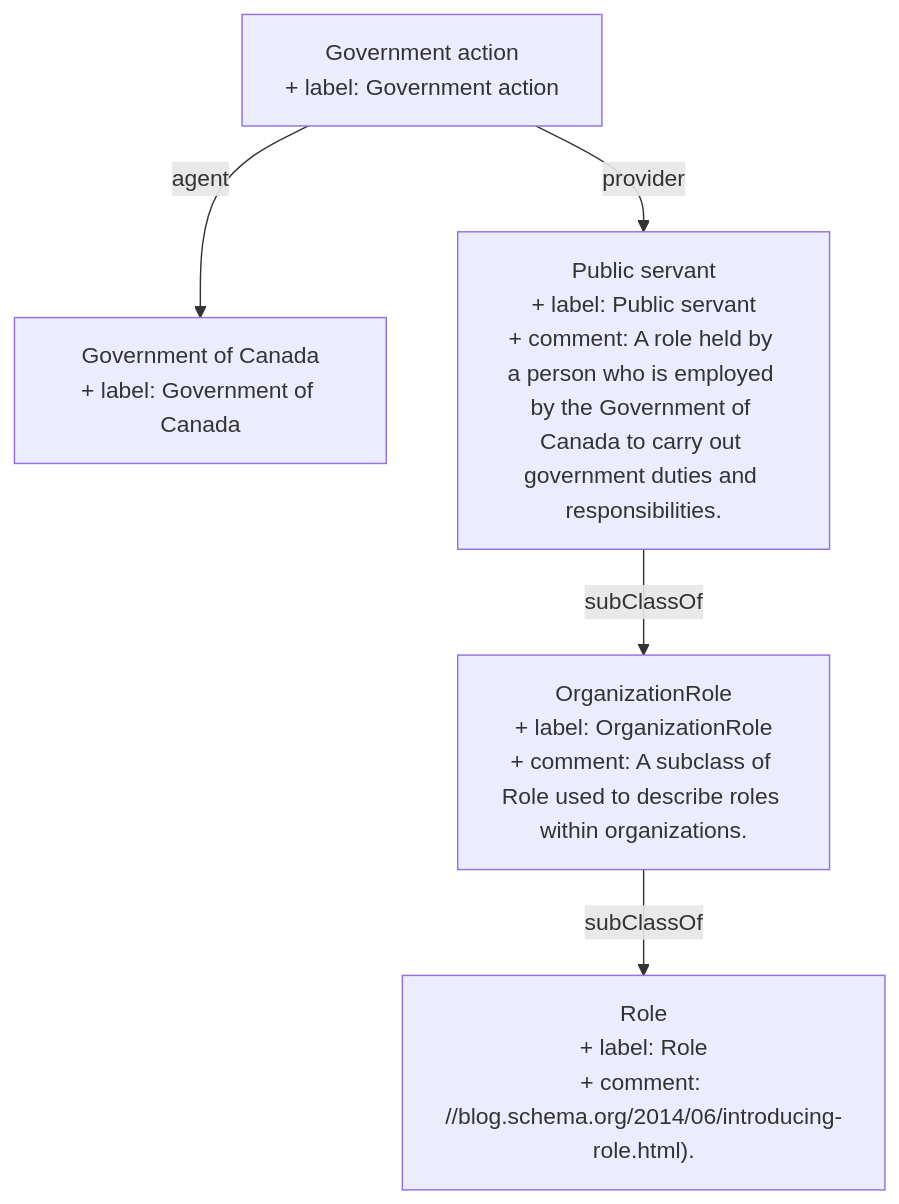
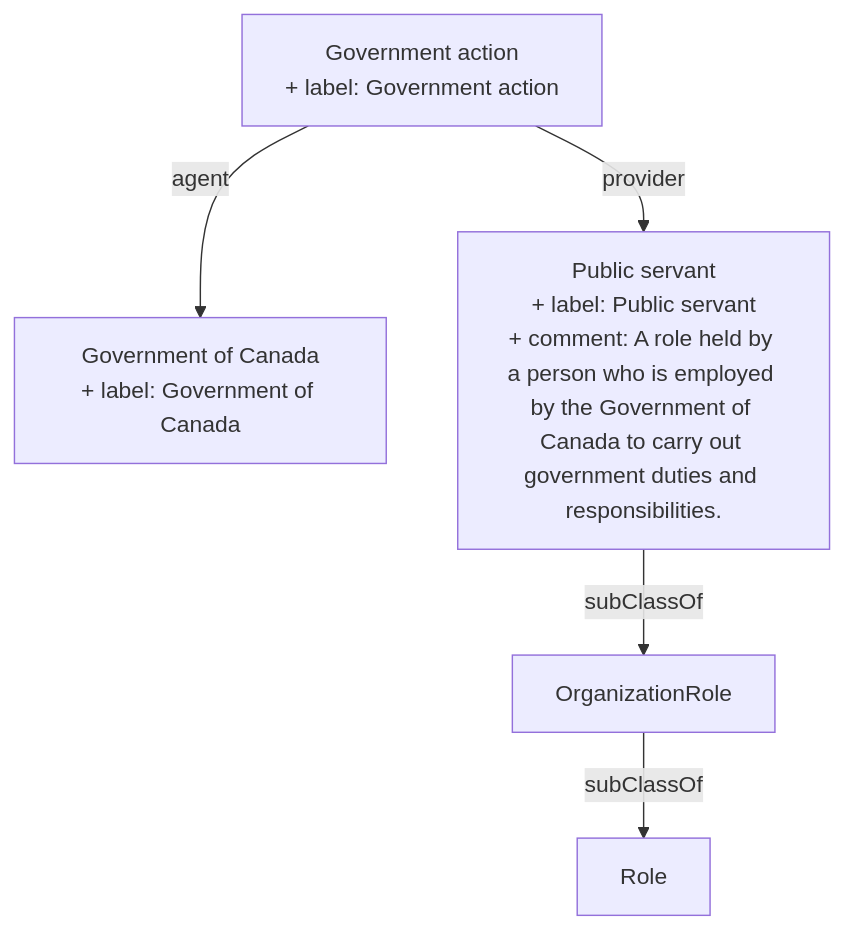
Before and after one commit to heidingaway/heidi2: the diagram in content/policy on service and digital/government_action.md, drawn with Mermaid. The commit also changed other lines of this file and 350 other files, not shown here.

````diff
--- a/content/policy on service and digital/government_action.md
+++ b/content/policy on service and digital/government_action.md
@@ -23,12 +24,12 @@
 ```mermaid
 graph TD
   Government_action["Government action<br>+ label: Government action"]:::current-page-node
   Government_of_Canada["Government of Canada<br>+ label: Government of Canada"]
   Public_servant["Public servant<br>+ label: Public servant<br>+ comment: A role held by a person who is employed by the Government of Canada to carry out government duties and responsibilities."]
-  OrganizationRole["OrganizationRole<br>+ label: OrganizationRole<br>+ comment: A subclass of Role used to describe roles within organizations."]
-  Role["Role<br>+ label: Role<br>+ comment: //blog.schema.org/2014/06/introducing-role.html)."]
+  OrganizationRole["OrganizationRole"]
+  Role["Role"]
+  Public_servant-->|" subClassOf "|OrganizationRole
   Government_action-->|" agent "|Government_of_Canada
+  Government_action-->|" provider "|Public_servant
   OrganizationRole-->|" subClassOf "|Role
-  Government_action-->|" provider "|Public_servant
-  Public_servant-->|" subClassOf "|OrganizationRole
 ```
````
